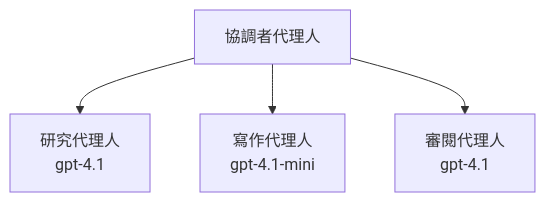
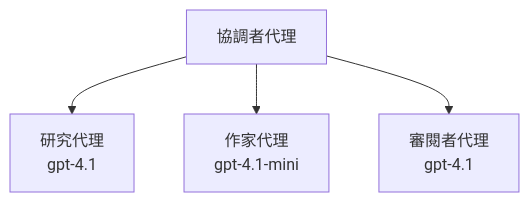
The third of 3 diagrams in translations/zh-MO/docs/chapter-02-ai-development/agents.md (microsoft/AZD-for-beginners), drawn with Mermaid before and after one commit. The commit also changed other lines of this file and 101 other files, not shown here.

````diff
--- a/translations/zh-MO/docs/chapter-02-ai-development/agents.md
+++ b/translations/zh-MO/docs/chapter-02-ai-development/agents.md
@@ -189,6 +194,6 @@
 ```mermaid
 graph TD
-    Orchestrator[協調者代理人] --> Research[研究代理人<br/>gpt-4.1]
-    Orchestrator --> Writer[寫作代理人<br/>gpt-4.1-mini]
-    Orchestrator --> Reviewer[審閱代理人<br/>gpt-4.1]
+    Orchestrator[協調者代理] --> Research[研究代理<br/>gpt-4.1]
+    Orchestrator --> Writer[作家代理<br/>gpt-4.1-mini]
+    Orchestrator --> Reviewer[審閱者代理<br/>gpt-4.1]
 ```
````
